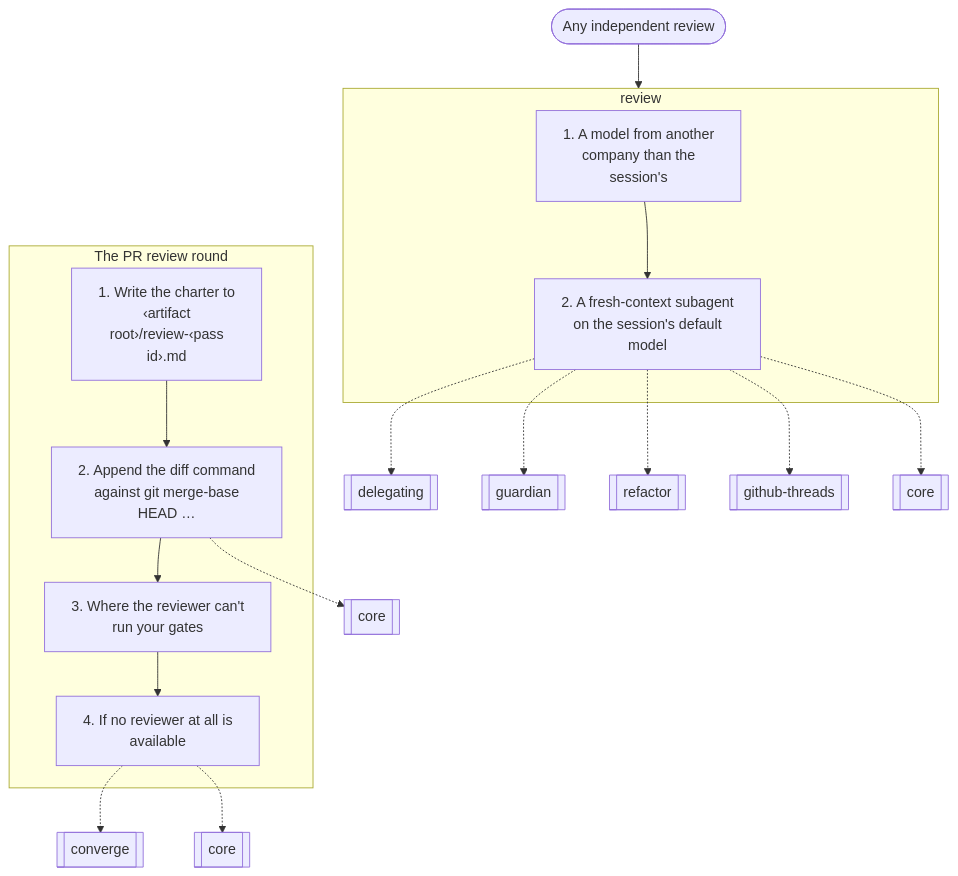
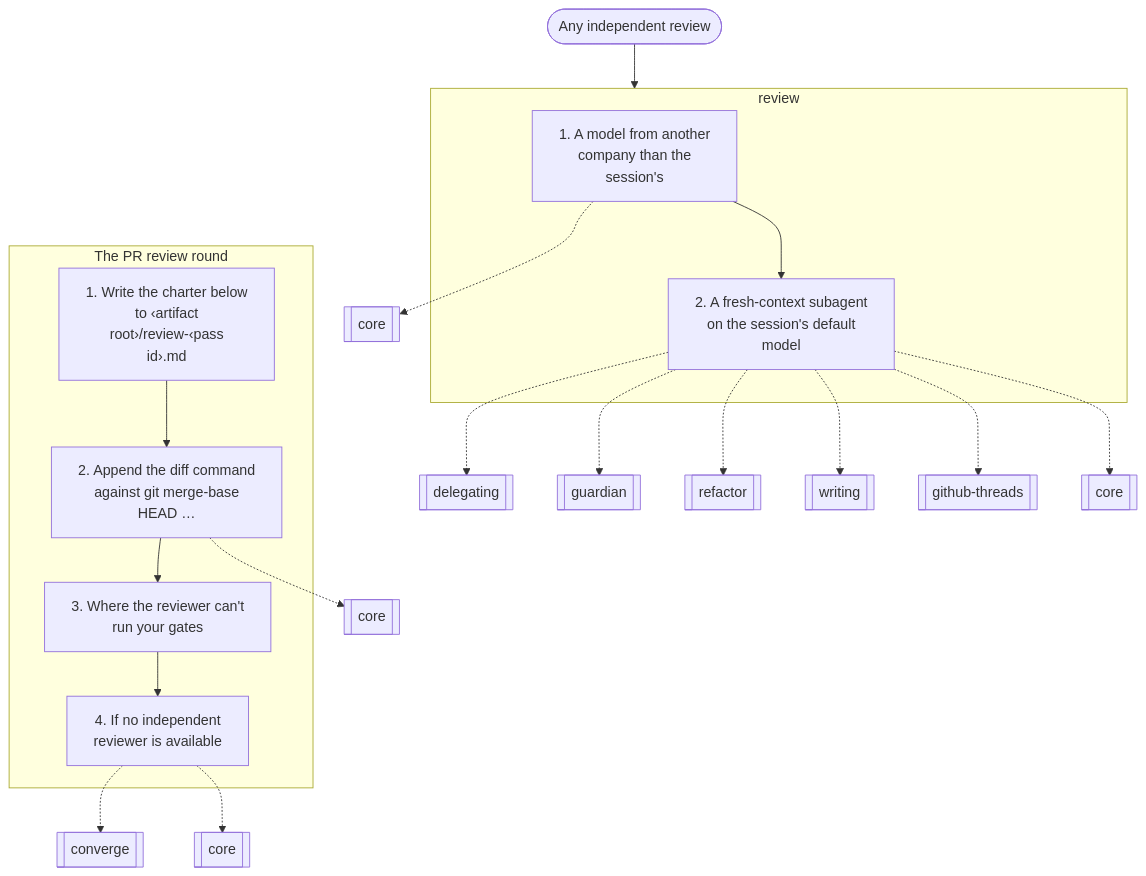
One commit to nitedani/mergeworthy changed diagram 15 of 17 in docs/graphs.md. Above: the diagram before and after it, drawn with Mermaid. The commit also changed other lines of this file and 19 other files, not shown here.

````diff
--- a/docs/graphs.md
+++ b/docs/graphs.md
@@ -408,28 +418,30 @@
 ```mermaid
 flowchart TB
   start(["Any independent review"])
   subgraph g0["review"]
     s0["1. A model from another<br/>company than the<br/>session's"]
     s1["2. A fresh-context subagent<br/>on the session's default<br/>model"]
     s0 --> s1
   end
-  s1 -.-> r1[["delegating"]]
-  s1 -.-> r2[["guardian"]]
-  s1 -.-> r3[["refactor"]]
-  s1 -.-> r4[["github-threads"]]
-  s1 -.-> r5[["core"]]
+  s0 -.-> r1[["core"]]
+  s1 -.-> r2[["delegating"]]
+  s1 -.-> r3[["guardian"]]
+  s1 -.-> r4[["refactor"]]
+  s1 -.-> r5[["writing"]]
+  s1 -.-> r6[["github-threads"]]
+  s1 -.-> r7[["core"]]
   subgraph g1["The PR review round"]
-    s2["1. Write the charter to<br/>‹artifact<br/>root›/review-‹pass<br/>id›.md"]
+    s2["1. Write the charter below<br/>to ‹artifact<br/>root›/review-‹pass<br/>id›.md"]
     s3["2. Append the diff command<br/>against git merge-base<br/>HEAD …"]
     s2 --> s3
     s4["3. Where the reviewer can't<br/>run your gates"]
     s3 --> s4
-    s5["4. If no reviewer at all is<br/>available"]
+    s5["4. If no independent<br/>reviewer is available"]
     s4 --> s5
   end
-  s3 -.-> r6[["core"]]
-  s5 -.-> r7[["converge"]]
-  s5 -.-> r8[["core"]]
+  s3 -.-> r8[["core"]]
+  s5 -.-> r9[["converge"]]
+  s5 -.-> r10[["core"]]
   start --> g0
   g0 ~~~ g1
 ```
````
